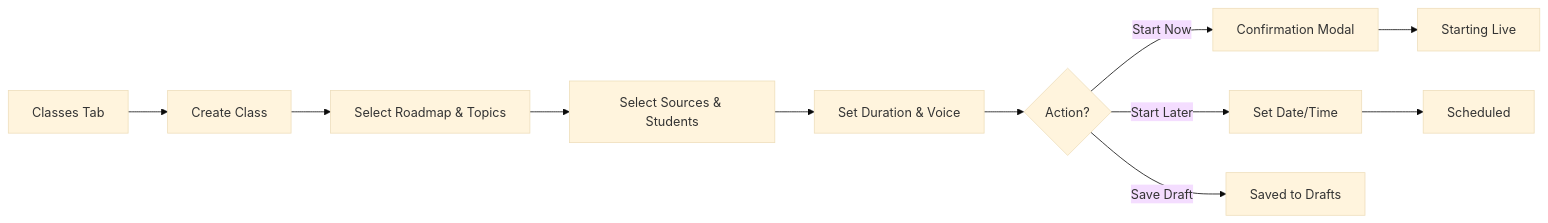
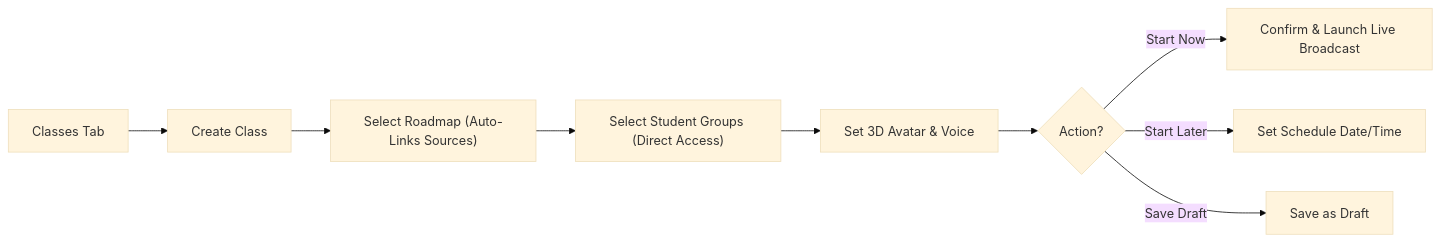
One commit to shreyas0b0acharya/IntelliClass-AI-Gemini-Live changed diagram 24 of 28 in docs/architecture/flow.md. Above: the diagram before and after it, drawn with Mermaid (base theme). The commit also changed other lines of this file and 99 other files, not shown here.

````diff
--- a/docs/architecture/flow.md
+++ b/docs/architecture/flow.md
@@ -847,11 +915,11 @@
 ```mermaid
 flowchart LR
     ClassesTab["Classes Tab"] --> NewClass["Create Class"]
-    NewClass --> PickRM["Select Roadmap & Topics"]
-    PickRM --> PickSources["Select Sources & Students"]
-    PickSources --> ConfigTeach["Set Duration & Voice"]
+    NewClass --> PickRM["Select Roadmap (Auto-Links Sources)"]
+    PickRM --> PickCohorts["Select Student Groups (Direct Access)"]
+    PickCohorts --> ConfigTeach["Set 3D Avatar & Voice"]
     ConfigTeach --> Decision{"Action?"}
-    Decision -->|"Start Now"| Confirm["Confirmation Modal"] --> Starting["Starting Live"]
-    Decision -->|"Start Later"| DatePick["Set Date/Time"] --> Sched["Scheduled"]
-    Decision -->|"Save Draft"| DraftSave["Saved to Drafts"]
+    Decision -->|"Start Now"| Launch["Confirm & Launch Live Broadcast"]
+    Decision -->|"Start Later"| DatePick["Set Schedule Date/Time"]
+    Decision -->|"Save Draft"| DraftSave["Save as Draft"]
 ```
````
